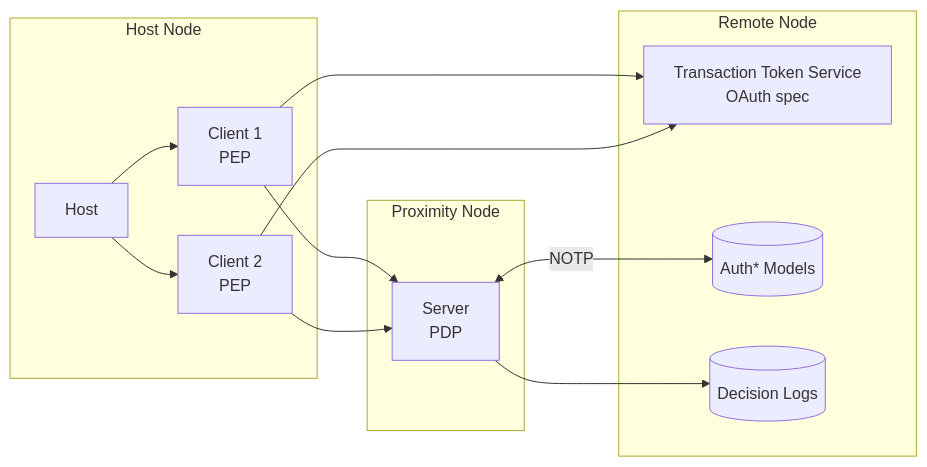
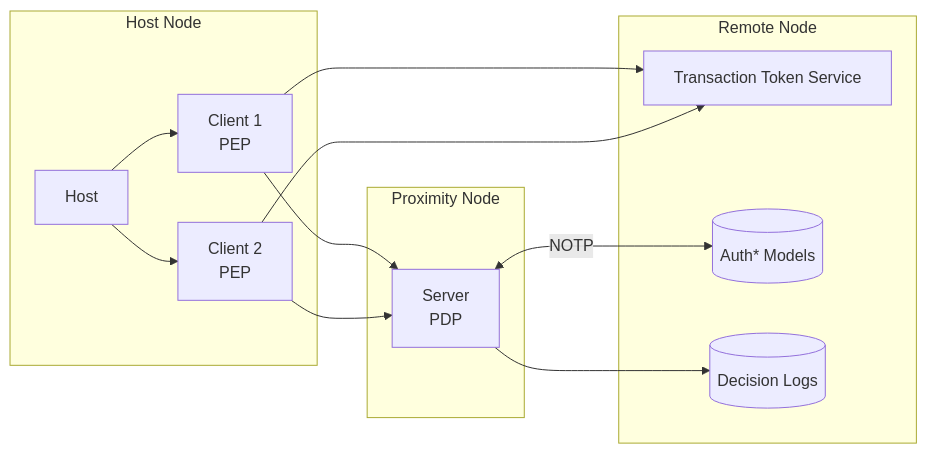
One commit to ztauthstar/ztauthstar changed the first of 2 diagrams in content/openprotocolspec/2025-04-05/architecture/_index.md. Above: the diagram before and after it, drawn with Mermaid. The commit also changed other lines of this file, not shown here.

Commit message:
refactor: docs: working on ztauth spec

````diff
--- a/content/openprotocolspec/2025-04-05/architecture/_index.md
+++ b/content/openprotocolspec/2025-04-05/architecture/_index.md
@@ -31,27 +31,27 @@
 ```mermaid
 graph LR
     subgraph "Host Node"
         H[Host]
         C1[Client 1 <br> PEP]
         C2[Client 2 <br> PEP]
         H --> C1
         H --> C2
     end
 
     subgraph "Proximity Node"
         S1[Server <br> PDP]
         C1 --> S1
         C2 --> S1
     end
 
     subgraph "Remote Node"
-        TTS["Transaction Token Service <br> OAuth spec"]
+        TTS["Transaction Token Service"]
         MR[("Auth* Models")]
         DL[(Decision Logs)]
 
         C1 --> TTS
         C2 --> TTS
         S1 <-- "NOTP" --> MR
         S1 --> DL
     end
 ```
````
